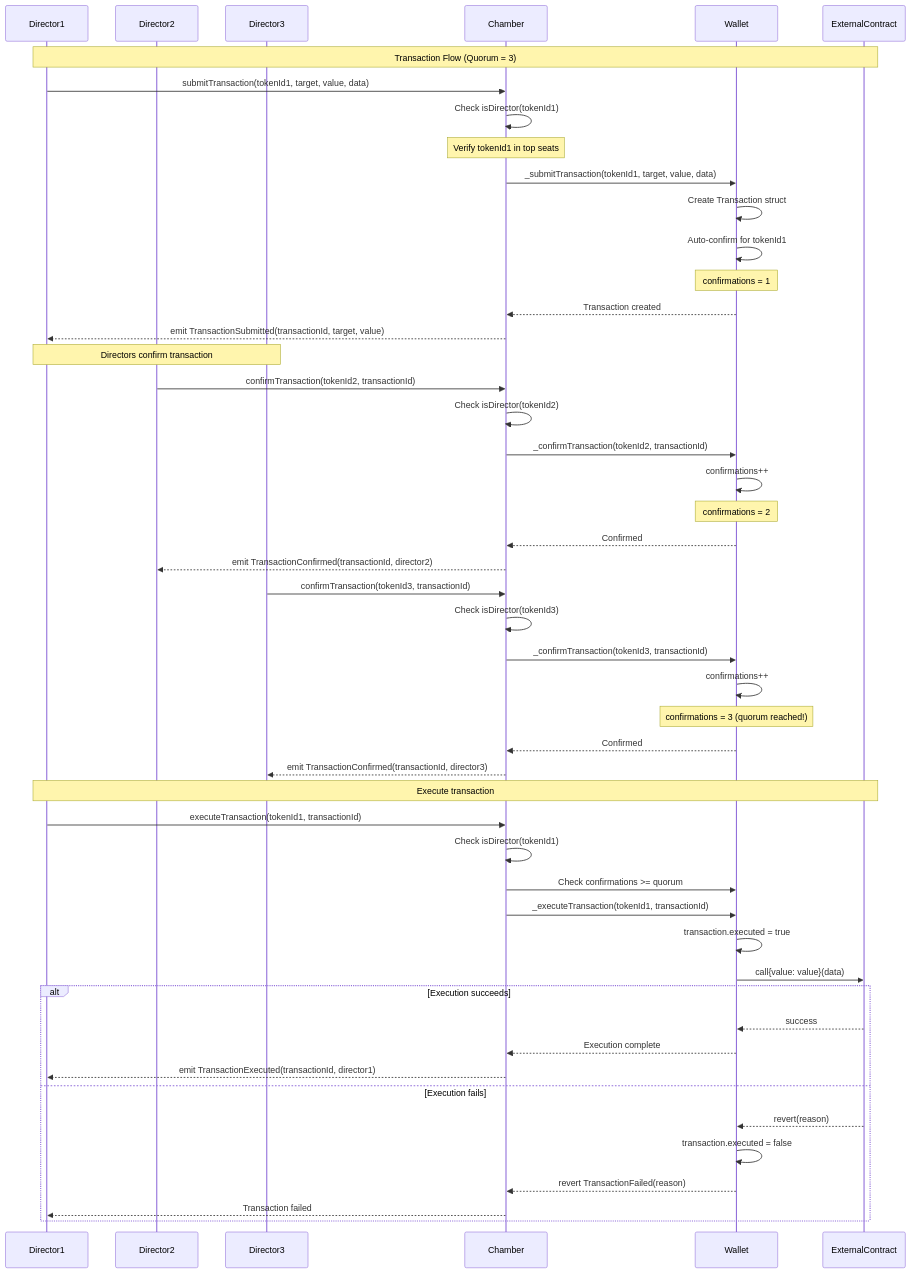
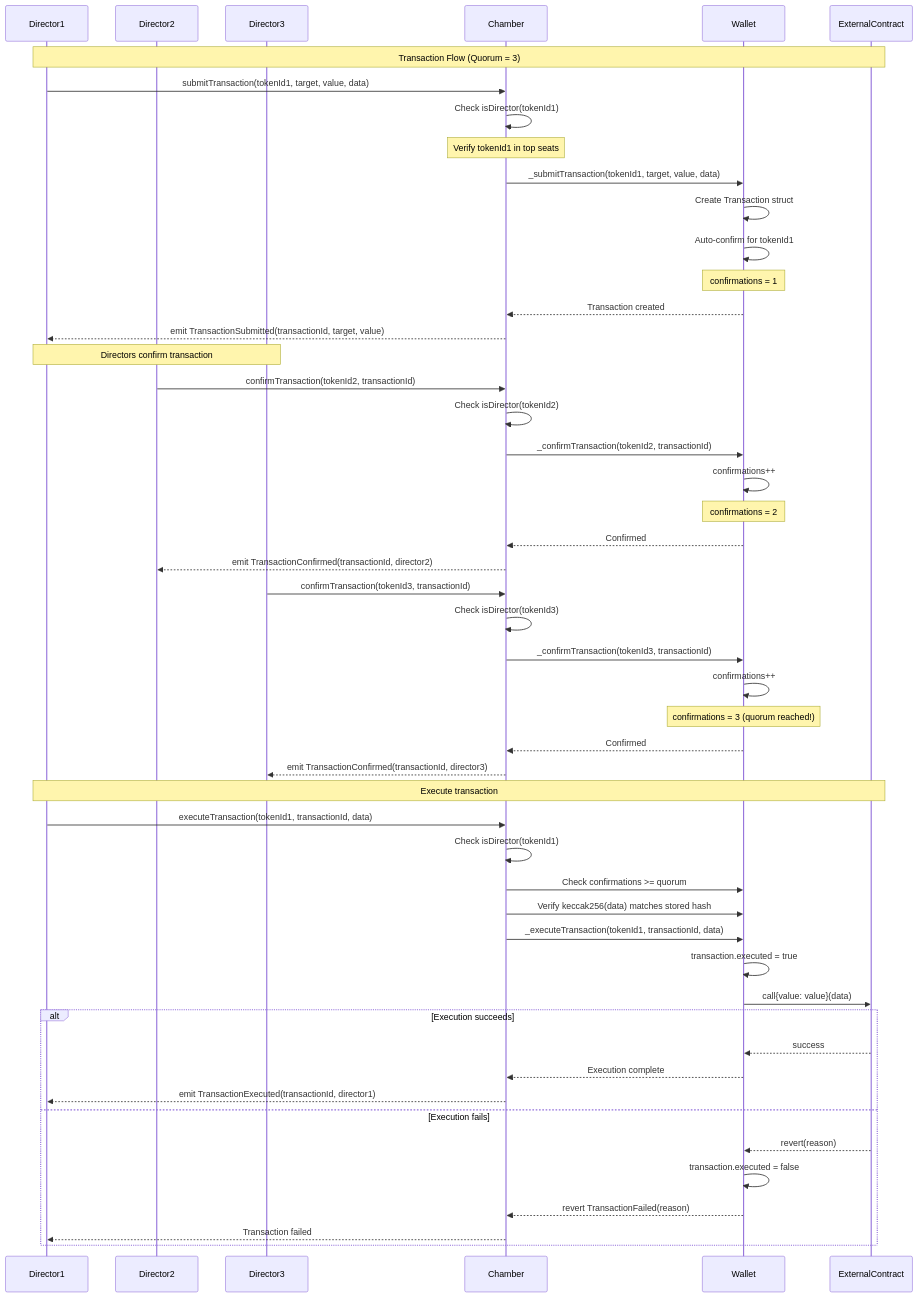
The sixth of 11 diagrams in app/src/docs/reference/sequence-diagrams.md (loreum-org/chamber), drawn with Mermaid before and after one commit. The commit also changed other lines of this file and 14 other files, not shown here.

````diff
--- a/app/src/docs/reference/sequence-diagrams.md
+++ b/app/src/docs/reference/sequence-diagrams.md
@@ -320,66 +313,67 @@
 ```mermaid
 sequenceDiagram
     participant Director1
     participant Director2
     participant Director3
     participant Chamber
     participant Wallet
     participant ExternalContract
 
     Note over Director1,ExternalContract: Transaction Flow (Quorum = 3)
 
     Director1->>Chamber: submitTransaction(tokenId1, target, value, data)
     
     Chamber->>Chamber: Check isDirector(tokenId1)
     Note over Chamber: Verify tokenId1 in top seats
     
     Chamber->>Wallet: _submitTransaction(tokenId1, target, value, data)
     
     Wallet->>Wallet: Create Transaction struct
     Wallet->>Wallet: Auto-confirm for tokenId1
     Note over Wallet: confirmations = 1
     
     Wallet-->>Chamber: Transaction created
     Chamber-->>Director1: emit TransactionSubmitted(transactionId, target, value)
     
     Note over Director1,Director3: Directors confirm transaction
     
     Director2->>Chamber: confirmTransaction(tokenId2, transactionId)
     Chamber->>Chamber: Check isDirector(tokenId2)
     Chamber->>Wallet: _confirmTransaction(tokenId2, transactionId)
     Wallet->>Wallet: confirmations++
     Note over Wallet: confirmations = 2
     Wallet-->>Chamber: Confirmed
     Chamber-->>Director2: emit TransactionConfirmed(transactionId, director2)
     
     Director3->>Chamber: confirmTransaction(tokenId3, transactionId)
     Chamber->>Chamber: Check isDirector(tokenId3)
     Chamber->>Wallet: _confirmTransaction(tokenId3, transactionId)
     Wallet->>Wallet: confirmations++
     Note over Wallet: confirmations = 3 (quorum reached!)
     Wallet-->>Chamber: Confirmed
     Chamber-->>Director3: emit TransactionConfirmed(transactionId, director3)
     
     Note over Director1,ExternalContract: Execute transaction
     
-    Director1->>Chamber: executeTransaction(tokenId1, transactionId)
-    
+    Director1->>Chamber: executeTransaction(tokenId1, transactionId, data)
+
     Chamber->>Chamber: Check isDirector(tokenId1)
     Chamber->>Wallet: Check confirmations >= quorum
-    
-    Chamber->>Wallet: _executeTransaction(tokenId1, transactionId)
+    Chamber->>Wallet: Verify keccak256(data) matches stored hash
+
+    Chamber->>Wallet: _executeTransaction(tokenId1, transactionId, data)
     
     Wallet->>Wallet: transaction.executed = true
     Wallet->>ExternalContract: call{value: value}(data)
     
     alt Execution succeeds
         ExternalContract-->>Wallet: success
         Wallet-->>Chamber: Execution complete
         Chamber-->>Director1: emit TransactionExecuted(transactionId, director1)
     else Execution fails
         ExternalContract-->>Wallet: revert(reason)
         Wallet->>Wallet: transaction.executed = false
         Wallet-->>Chamber: revert TransactionFailed(reason)
         Chamber-->>Director1: Transaction failed
     end
 ```
````
